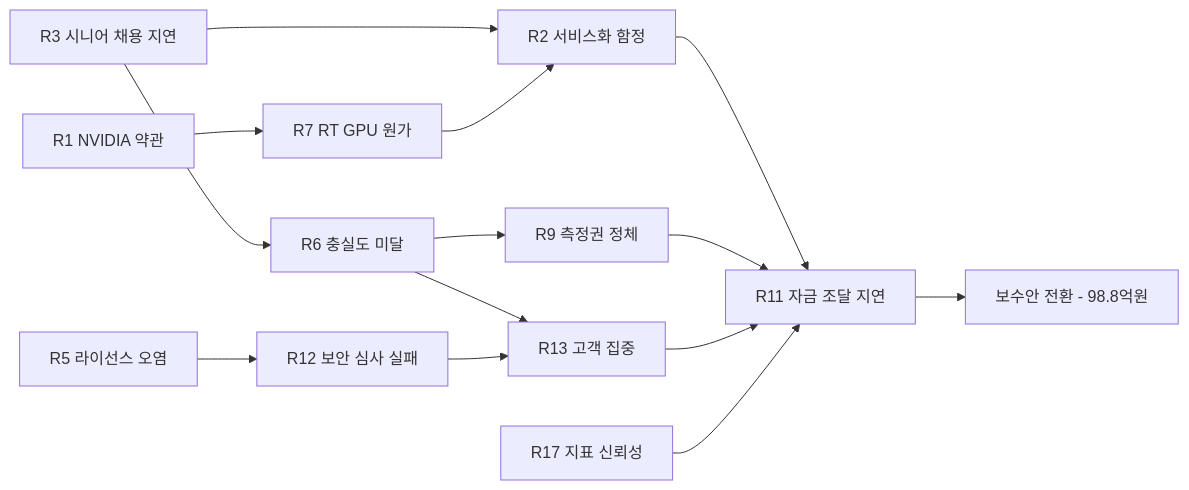
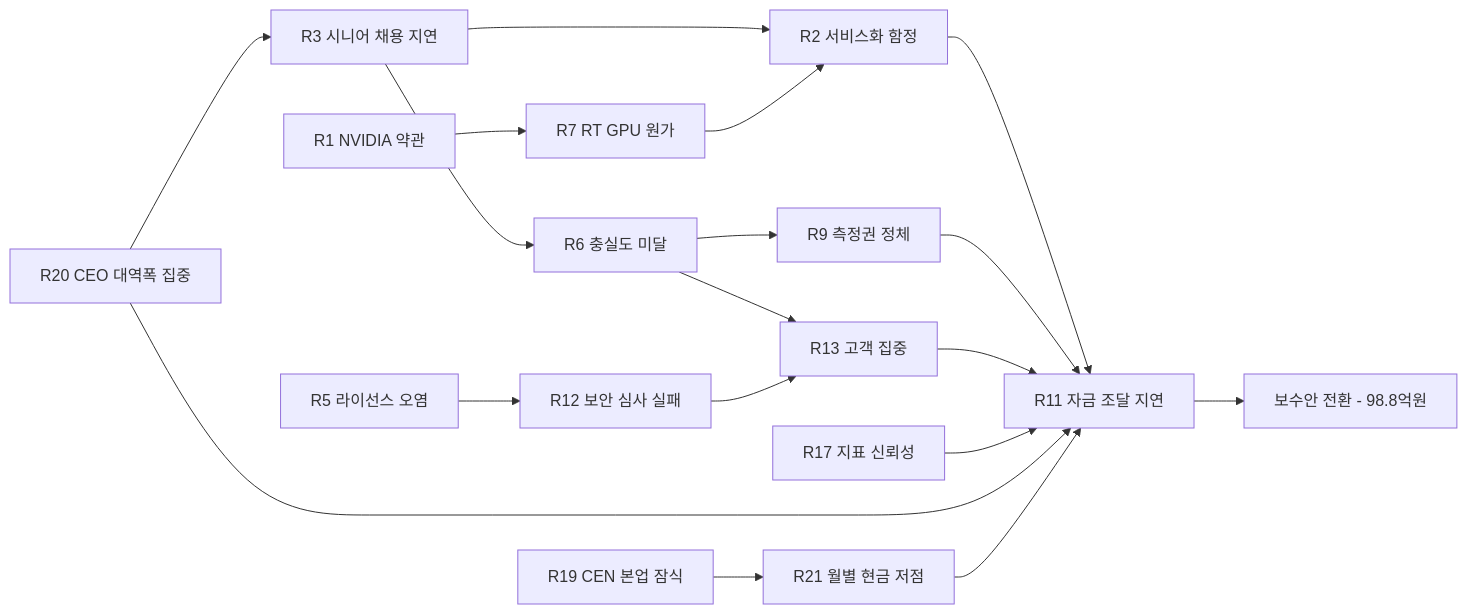
Before and after one commit to ouremployeeces-ship-it/AIResearch: the first of 4 diagrams in docs/digital-twin-platform/11-risk-kpi-compliance.md, drawn with Mermaid. The commit also changed other lines of this file and 14 other files, not shown here.

````diff
--- a/docs/digital-twin-platform/11-risk-kpi-compliance.md
+++ b/docs/digital-twin-platform/11-risk-kpi-compliance.md
@@ -81,16 +87,20 @@
 ```mermaid
 flowchart LR
     R3["R3 시니어 채용 지연"] --> R2["R2 서비스화 함정"]
     R3 --> R6["R6 충실도 미달"]
     R6 --> R13["R13 고객 집중"]
     R6 --> R9["R9 측정권 정체"]
     R2 --> R11["R11 자금 조달 지연"]
     R9 --> R11
     R13 --> R11
     R17["R17 지표 신뢰성"] --> R11
     R1["R1 NVIDIA 약관"] --> R7["R7 RT GPU 원가"]
     R7 --> R2
     R5["R5 라이선스 오염"] --> R12["R12 보안 심사 실패"]
     R12 --> R13
+    R20["R20 CEO 대역폭 집중"] --> R3
+    R20 --> R11
+    R19["R19 CEN 본업 잠식"] --> R21["R21 월별 현금 저점"]
+    R21 --> R11
     R11 --> LEAN["보수안 전환 - 98.8억원"]
 ```
````
